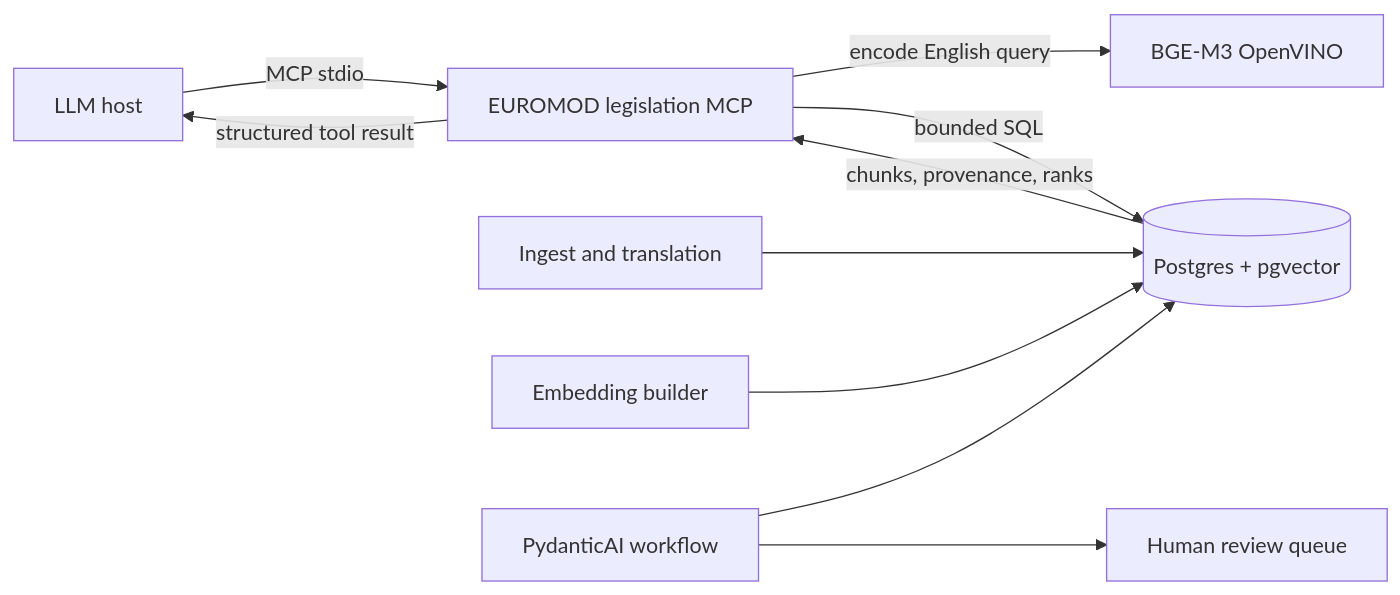
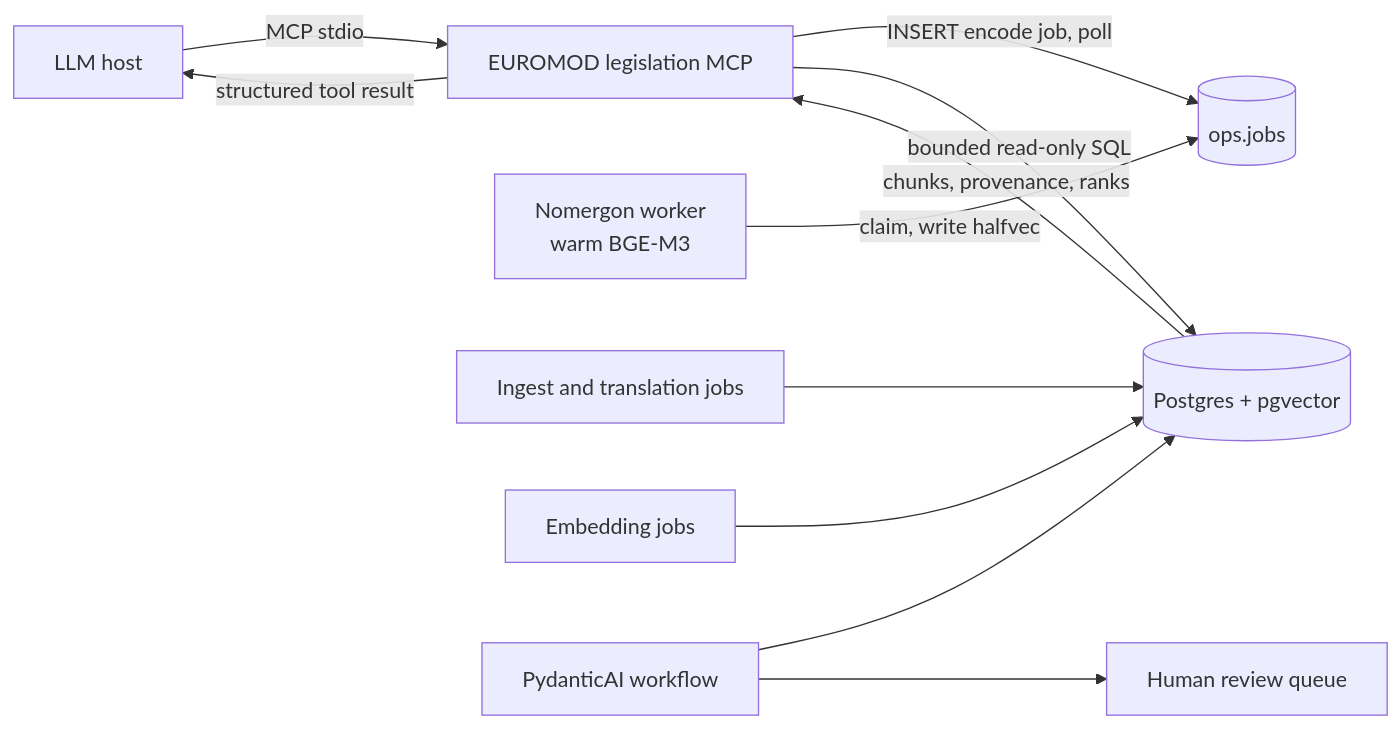
Before and after one commit to benoit-cty/euromod: the diagram in mcp-server/ARCHITECTURE.md, drawn with Mermaid. The commit also changed other lines of this file and 109 other files, not shown here.

Commit message:
Migrate to Nomergo architecture

````diff
--- a/mcp-server/ARCHITECTURE.md
+++ b/mcp-server/ARCHITECTURE.md
@@ -6,13 +6,14 @@
 ```mermaid
 flowchart LR
     Host[LLM host] -->|MCP stdio| MCP[EUROMOD legislation MCP]
-    MCP -->|encode English query| BGE[BGE-M3 OpenVINO]
-    MCP -->|bounded SQL| DB[(Postgres + pgvector)]
-    ING[Ingest and translation] --> DB
-    EMB[Embedding builder] --> DB
+    MCP -->|INSERT encode job, poll| JOBS[(ops.jobs)]
+    WORKER[Nomergon worker\nwarm BGE-M3] -->|claim, write halfvec| JOBS
+    MCP -->|bounded read-only SQL| DB[(Postgres + pgvector)]
+    ING[Ingest and translation jobs] --> DB
+    EMB[Embedding jobs] --> DB
     DB -->|chunks, provenance, ranks| MCP
     MCP -->|structured tool result| Host
 
     WF[PydanticAI workflow] --> DB
     WF --> REVIEW[Human review queue]
 ```
````
